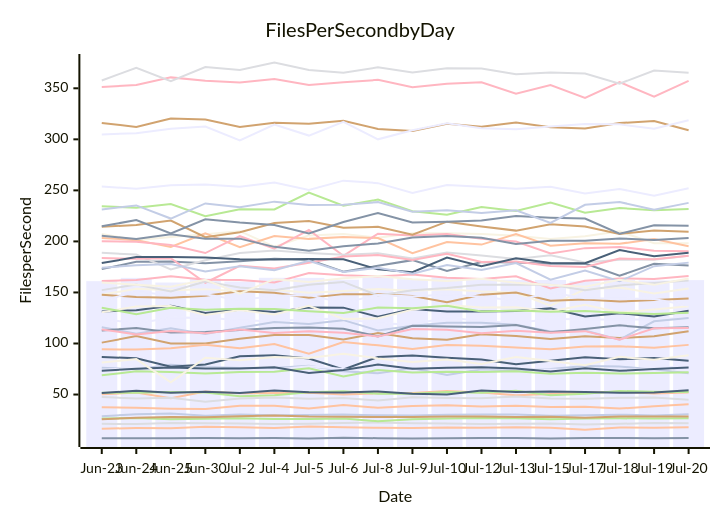
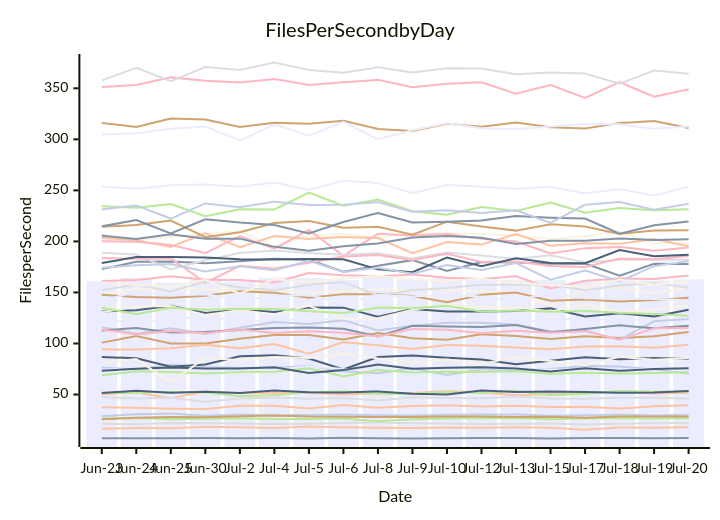
One commit to streetsidesoftware/cspell changed the diagram in perf-report.md. Above: the diagram before and after it, drawn with Mermaid. The commit also changed other lines of this file and 1 other file, not shown here.

````diff
--- a/perf-report.md
+++ b/perf-report.md
@@ -10,57 +10,57 @@
 ```mermaid
 xychart-beta
     title Files Per Second by Day
     y-axis Files per Second
     x-axis Date [Jun-23, Jun-24, Jun-25, Jun-30, Jul-2, Jul-4, Jul-5, Jul-6, Jul-8, Jul-9, Jul-10, Jul-12, Jul-13, Jul-15, Jul-17, Jul-18, Jul-19, Jul-20]
-    bar [161.06, 164.28, 159.75, 163.65, 160.66, 164.38, 164.27, 162.48, 164.83, 163.05, 164.68, 163.19, 162.43, 162.24, 160.81, 162.11, 161.80, 162.06]
-    line [7.12, 7.22, 7.17, 7.37, 7.23, 7.36, 6.99, 7.61, 7.24, 7.01, 7.27, 7.49, 7.49, 6.93, 7.35, 7.41, 7.13, 7.40]
-    line [50.23, 51.87, 46.40, 53.06, 51.19, 51.40, 51.86, 50.10, 51.21, 51.39, 53.37, 51.98, 49.24, 50.53, 52.10, 52.76, 51.07, 52.03]
-    line [21.30, 21.15, 22.00, 21.90, 21.51, 21.13, 21.43, 22.00, 22.72, 21.87, 21.57, 21.20, 21.36, 21.51, 20.58, 21.30, 22.19, 21.93]
-    line [51.73, 51.82, 52.39, 52.00, 48.43, 49.22, 52.34, 53.26, 50.86, 50.66, 52.36, 51.79, 53.82, 49.25, 50.85, 53.53, 52.69, 52.37]
-    line [100.84, 107.27, 100.09, 99.90, 104.63, 108.43, 108.27, 103.96, 110.20, 105.06, 103.60, 109.02, 107.38, 104.33, 107.04, 105.42, 107.07, 112.10]
-    line [76.22, 74.88, 79.14, 76.89, 75.88, 76.09, 78.08, 72.78, 70.79, 75.77, 69.10, 74.66, 73.66, 75.08, 77.97, 77.53, 74.65, 70.87]
-    line [351.35, 353.13, 360.69, 357.30, 355.80, 359.03, 353.22, 355.88, 358.26, 350.93, 354.34, 355.82, 344.62, 353.27, 340.52, 356.06, 341.72, 357.33]
-    line [131.39, 132.60, 136.92, 129.95, 133.16, 130.87, 135.23, 135.13, 126.22, 133.87, 131.35, 131.34, 131.95, 134.40, 126.35, 129.62, 126.47, 132.06]
-    line [207.28, 201.26, 204.34, 206.96, 210.00, 194.85, 205.89, 207.36, 203.52, 207.94, 208.03, 207.20, 205.62, 202.48, 205.11, 209.83, 198.16, 198.18]
-    line [124.29, 119.55, 125.16, 125.39, 122.70, 121.73, 124.30, 123.97, 119.80, 118.70, 125.49, 121.97, 119.76, 124.17, 123.39, 123.52, 123.46, 125.44]
-    line [172.84, 180.05, 180.38, 178.52, 180.47, 182.90, 182.10, 170.31, 176.15, 181.65, 170.98, 179.72, 179.37, 178.07, 178.35, 166.36, 178.14, 176.38]
+    bar [161.06, 164.28, 159.75, 163.65, 160.66, 164.38, 164.27, 162.48, 164.83, 163.05, 164.68, 163.19, 162.43, 162.24, 160.81, 162.11, 161.80, 162.84]
+    line [7.12, 7.22, 7.17, 7.37, 7.23, 7.36, 6.99, 7.61, 7.24, 7.01, 7.27, 7.49, 7.49, 6.93, 7.35, 7.41, 7.13, 7.42]
+    line [50.23, 51.87, 46.40, 53.06, 51.19, 51.40, 51.86, 50.10, 51.21, 51.39, 53.37, 51.98, 49.24, 50.53, 52.10, 52.76, 51.07, 51.44]
+    line [21.30, 21.15, 22.00, 21.90, 21.51, 21.13, 21.43, 22.00, 22.72, 21.87, 21.57, 21.20, 21.36, 21.51, 20.58, 21.30, 22.19, 22.10]
+    line [51.73, 51.82, 52.39, 52.00, 48.43, 49.22, 52.34, 53.26, 50.86, 50.66, 52.36, 51.79, 53.82, 49.25, 50.85, 53.53, 52.69, 53.02]
+    line [100.84, 107.27, 100.09, 99.90, 104.63, 108.43, 108.27, 103.96, 110.20, 105.06, 103.60, 109.02, 107.38, 104.33, 107.04, 105.42, 107.07, 111.31]
+    line [76.22, 74.88, 79.14, 76.89, 75.88, 76.09, 78.08, 72.78, 70.79, 75.77, 69.10, 74.66, 73.66, 75.08, 77.97, 77.53, 74.65, 70.42]
+    line [351.35, 353.13, 360.69, 357.30, 355.80, 359.03, 353.22, 355.88, 358.26, 350.93, 354.34, 355.82, 344.62, 353.27, 340.52, 356.06, 341.72, 349.11]
+    line [131.39, 132.60, 136.92, 129.95, 133.16, 130.87, 135.23, 135.13, 126.22, 133.87, 131.35, 131.34, 131.95, 134.40, 126.35, 129.62, 126.47, 133.10]
+    line [207.28, 201.26, 204.34, 206.96, 210.00, 194.85, 205.89, 207.36, 203.52, 207.94, 208.03, 207.20, 205.62, 202.48, 205.11, 209.83, 198.16, 198.05]
+    line [124.29, 119.55, 125.16, 125.39, 122.70, 121.73, 124.30, 123.97, 119.80, 118.70, 125.49, 121.97, 119.76, 124.17, 123.39, 123.52, 123.46, 121.92]
+    line [172.84, 180.05, 180.38, 178.52, 180.47, 182.90, 182.10, 170.31, 176.15, 181.65, 170.98, 179.72, 179.37, 178.07, 178.35, 166.36, 178.14, 177.77]
     line [203.46, 201.26, 194.60, 207.89, 194.40, 205.29, 202.49, 204.26, 203.31, 188.55, 199.47, 196.87, 207.15, 195.83, 198.09, 197.68, 202.31, 195.34]
-    line [47.61, 46.18, 46.86, 42.95, 46.17, 47.03, 45.86, 46.70, 44.23, 47.36, 46.58, 46.27, 47.99, 46.18, 45.89, 46.88, 47.09, 44.79]
+    line [47.61, 46.18, 46.86, 42.95, 46.17, 47.03, 45.86, 46.70, 44.23, 47.36, 46.58, 46.27, 47.99, 46.18, 45.89, 46.88, 47.09, 45.82]
     line [26.60, 26.95, 25.71, 26.35, 26.84, 26.11, 26.06, 26.52, 23.76, 25.86, 26.61, 27.13, 26.83, 25.90, 26.40, 26.69, 26.50, 26.68]
-    line [316.02, 312.10, 320.45, 319.52, 312.08, 316.35, 315.20, 318.22, 310.11, 308.24, 315.35, 312.26, 316.54, 311.74, 310.63, 315.98, 317.85, 308.91]
-    line [116.01, 109.65, 114.81, 109.29, 115.47, 121.09, 119.06, 122.86, 112.77, 117.49, 120.30, 120.41, 118.48, 111.84, 112.66, 103.82, 121.72, 125.06]
-    line [200.19, 199.73, 196.39, 188.60, 205.11, 192.90, 211.35, 185.93, 207.58, 205.87, 207.35, 202.66, 199.84, 188.27, 193.42, 194.63, 190.82, 190.38]
-    line [86.88, 85.49, 77.34, 79.34, 87.51, 88.59, 85.26, 74.62, 86.80, 88.24, 86.00, 84.39, 79.74, 83.17, 86.61, 84.55, 85.67, 83.21]
-    line [130.59, 136.24, 136.67, 127.99, 132.91, 128.52, 136.97, 123.97, 124.67, 133.15, 137.66, 135.26, 135.39, 131.25, 137.83, 130.35, 133.37, 136.56]
-    line [74.26, 76.13, 73.45, 76.23, 74.07, 74.35, 77.62, 75.07, 74.46, 78.13, 73.01, 75.98, 75.26, 74.39, 74.57, 72.87, 76.84, 77.06]
-    line [112.71, 115.12, 110.67, 111.22, 113.18, 115.07, 115.63, 114.45, 106.87, 117.37, 116.66, 116.21, 118.14, 111.02, 114.16, 117.75, 114.86, 115.86]
-    line [94.35, 94.02, 95.44, 98.76, 95.34, 99.55, 90.07, 101.41, 98.21, 94.52, 98.50, 97.78, 96.17, 94.33, 97.04, 97.24, 95.75, 98.65]
-    line [188.80, 187.17, 172.53, 181.62, 188.67, 191.18, 188.53, 186.82, 188.38, 183.25, 189.14, 186.31, 182.67, 186.39, 179.31, 182.07, 181.92, 186.02]
-    line [234.34, 233.01, 236.58, 224.78, 231.59, 231.28, 247.94, 235.03, 240.95, 229.51, 226.18, 233.66, 229.73, 238.10, 228.16, 232.72, 230.57, 231.69]
-    line [214.37, 216.02, 220.47, 204.16, 208.94, 217.94, 219.88, 213.33, 214.36, 206.61, 219.33, 214.62, 210.58, 216.81, 214.69, 207.39, 210.58, 209.41]
-    line [28.80, 30.64, 31.41, 29.25, 30.37, 29.62, 29.89, 30.35, 29.68, 29.34, 30.24, 30.35, 30.53, 29.15, 29.59, 30.29, 29.57, 30.79]
-    line [183.71, 182.95, 183.62, 159.53, 176.05, 173.54, 179.14, 185.15, 186.71, 181.92, 187.82, 179.82, 180.43, 176.01, 174.98, 183.26, 182.49, 186.01]
-    line [178.80, 184.67, 184.84, 184.14, 182.56, 182.17, 182.82, 182.50, 172.62, 169.88, 184.28, 175.71, 183.39, 178.90, 178.60, 191.51, 185.47, 188.78]
-    line [147.83, 153.51, 152.15, 153.26, 150.82, 152.56, 149.61, 151.37, 153.34, 151.79, 153.10, 150.91, 149.71, 136.98, 153.14, 154.96, 149.05, 153.93]
-    line [304.83, 306.07, 310.41, 312.54, 298.93, 314.56, 303.69, 317.11, 300.01, 308.91, 315.76, 310.85, 309.84, 312.53, 315.03, 314.69, 310.30, 318.63]
-    line [214.79, 220.92, 207.92, 221.76, 218.49, 216.06, 207.77, 218.95, 227.80, 218.56, 219.23, 220.42, 224.78, 223.29, 222.43, 207.49, 215.75, 215.27]
-    line [16.59, 17.11, 17.00, 18.49, 17.94, 17.30, 18.64, 18.07, 17.45, 17.16, 17.77, 17.48, 17.96, 17.52, 15.60, 17.77, 17.44, 17.91]
-    line [357.60, 370.08, 357.07, 370.89, 367.90, 375.27, 367.85, 365.20, 370.59, 365.59, 369.56, 369.35, 363.79, 365.39, 364.51, 354.54, 367.49, 365.21]
-    line [68.82, 72.77, 72.13, 70.54, 72.17, 72.40, 75.76, 67.72, 74.05, 71.58, 72.37, 72.08, 72.80, 70.30, 71.38, 70.52, 71.04, 71.85]
-    line [147.78, 145.47, 144.87, 146.87, 151.06, 149.73, 144.88, 148.36, 148.23, 146.43, 140.41, 147.84, 149.86, 141.85, 143.07, 141.02, 142.51, 144.19]
-    line [231.36, 235.26, 222.40, 237.23, 233.45, 238.97, 235.75, 235.89, 238.48, 229.00, 230.57, 227.85, 230.59, 218.19, 235.84, 238.63, 231.13, 237.75]
-    line [161.29, 162.24, 165.87, 162.55, 162.26, 159.82, 169.05, 166.75, 165.64, 167.61, 164.48, 163.07, 165.84, 153.93, 161.48, 163.65, 163.25, 166.12]
-    line [73.34, 75.14, 76.59, 75.51, 75.45, 76.79, 71.21, 73.99, 79.33, 75.23, 76.27, 76.63, 75.41, 72.48, 75.77, 73.22, 74.96, 76.48]
-    line [81.29, 84.76, 61.88, 86.02, 83.48, 86.69, 85.83, 89.91, 85.41, 81.93, 84.31, 79.99, 86.85, 82.81, 78.74, 86.89, 84.13, 88.55]
-    line [253.77, 251.67, 255.05, 255.76, 253.64, 257.67, 250.47, 259.54, 257.07, 247.35, 255.25, 253.55, 251.59, 253.64, 246.87, 251.37, 244.82, 252.07]
-    line [205.60, 202.43, 207.02, 202.54, 202.72, 194.67, 190.86, 195.33, 197.97, 203.94, 205.22, 203.61, 197.40, 200.74, 200.72, 202.94, 201.36, 203.41]
-    line [37.48, 36.99, 36.10, 35.86, 38.94, 38.99, 36.38, 39.71, 37.09, 38.73, 39.43, 38.35, 38.90, 37.77, 38.11, 36.22, 38.46, 40.59]
-    line [152.29, 157.67, 151.07, 160.69, 154.94, 152.23, 157.47, 160.32, 147.14, 152.12, 154.25, 157.55, 157.57, 157.54, 152.05, 156.89, 159.37, 161.80]
-    line [135.01, 128.78, 135.00, 133.08, 134.05, 133.73, 131.56, 129.78, 135.18, 134.44, 136.88, 131.27, 132.43, 131.04, 131.83, 130.19, 128.92, 130.07]
-    line [25.82, 27.29, 28.03, 27.82, 28.74, 29.48, 28.36, 28.34, 27.98, 28.10, 28.43, 28.38, 28.02, 28.20, 27.23, 28.58, 28.56, 28.41]
-    line [174.24, 176.57, 177.80, 170.49, 175.75, 171.75, 180.95, 169.97, 174.21, 168.28, 176.77, 172.02, 178.72, 162.59, 171.56, 160.94, 175.73, 179.22]
-    line [113.71, 108.86, 112.34, 110.15, 113.68, 110.37, 111.97, 110.64, 106.95, 114.12, 113.53, 110.15, 112.38, 110.43, 112.10, 103.78, 114.93, 115.14]
-    line [51.44, 53.68, 51.84, 52.69, 51.50, 53.98, 52.25, 52.09, 53.03, 50.88, 50.01, 53.83, 52.41, 53.08, 52.40, 51.77, 52.01, 54.31]
-    line [159.81, 157.56, 155.70, 162.47, 148.90, 163.02, 160.27, 163.84, 166.09, 162.99, 161.12, 163.50, 159.47, 157.31, 155.54, 162.49, 157.44, 163.69]
-    line [141.81, 150.65, 147.20, 148.34, 142.33, 146.88, 147.38, 139.67, 147.61, 146.15, 148.02, 145.81, 141.78, 149.87, 144.29, 144.20, 143.50, 137.23]
+    line [316.02, 312.10, 320.45, 319.52, 312.08, 316.35, 315.20, 318.22, 310.11, 308.24, 315.35, 312.26, 316.54, 311.74, 310.63, 315.98, 317.85, 311.01]
+    line [116.01, 109.65, 114.81, 109.29, 115.47, 121.09, 119.06, 122.86, 112.77, 117.49, 120.30, 120.41, 118.48, 111.84, 112.66, 103.82, 121.72, 123.96]
+    line [200.19, 199.73, 196.39, 188.60, 205.11, 192.90, 211.35, 185.93, 207.58, 205.87, 207.35, 202.66, 199.84, 188.27, 193.42, 194.63, 190.82, 194.01]
+    line [86.88, 85.49, 77.34, 79.34, 87.51, 88.59, 85.26, 74.62, 86.80, 88.24, 86.00, 84.39, 79.74, 83.17, 86.61, 84.55, 85.67, 84.70]
+    line [130.59, 136.24, 136.67, 127.99, 132.91, 128.52, 136.97, 123.97, 124.67, 133.15, 137.66, 135.26, 135.39, 131.25, 137.83, 130.35, 133.37, 136.93]
+    line [74.26, 76.13, 73.45, 76.23, 74.07, 74.35, 77.62, 75.07, 74.46, 78.13, 73.01, 75.98, 75.26, 74.39, 74.57, 72.87, 76.84, 75.79]
+    line [112.71, 115.12, 110.67, 111.22, 113.18, 115.07, 115.63, 114.45, 106.87, 117.37, 116.66, 116.21, 118.14, 111.02, 114.16, 117.75, 114.86, 117.38]
+    line [94.35, 94.02, 95.44, 98.76, 95.34, 99.55, 90.07, 101.41, 98.21, 94.52, 98.50, 97.78, 96.17, 94.33, 97.04, 97.24, 95.75, 98.78]
+    line [188.80, 187.17, 172.53, 181.62, 188.67, 191.18, 188.53, 186.82, 188.38, 183.25, 189.14, 186.31, 182.67, 186.39, 179.31, 182.07, 181.92, 182.11]
+    line [234.34, 233.01, 236.58, 224.78, 231.59, 231.28, 247.94, 235.03, 240.95, 229.51, 226.18, 233.66, 229.73, 238.10, 228.16, 232.72, 230.57, 231.48]
+    line [214.37, 216.02, 220.47, 204.16, 208.94, 217.94, 219.88, 213.33, 214.36, 206.61, 219.33, 214.62, 210.58, 216.81, 214.69, 207.39, 210.58, 210.83]
+    line [28.80, 30.64, 31.41, 29.25, 30.37, 29.62, 29.89, 30.35, 29.68, 29.34, 30.24, 30.35, 30.53, 29.15, 29.59, 30.29, 29.57, 30.13]
+    line [183.71, 182.95, 183.62, 159.53, 176.05, 173.54, 179.14, 185.15, 186.71, 181.92, 187.82, 179.82, 180.43, 176.01, 174.98, 183.26, 182.49, 185.76]
+    line [178.80, 184.67, 184.84, 184.14, 182.56, 182.17, 182.82, 182.50, 172.62, 169.88, 184.28, 175.71, 183.39, 178.90, 178.60, 191.51, 185.47, 186.89]
+    line [147.83, 153.51, 152.15, 153.26, 150.82, 152.56, 149.61, 151.37, 153.34, 151.79, 153.10, 150.91, 149.71, 136.98, 153.14, 154.96, 149.05, 154.95]
+    line [304.83, 306.07, 310.41, 312.54, 298.93, 314.56, 303.69, 317.11, 300.01, 308.91, 315.76, 310.85, 309.84, 312.53, 315.03, 314.69, 310.30, 312.46]
+    line [214.79, 220.92, 207.92, 221.76, 218.49, 216.06, 207.77, 218.95, 227.80, 218.56, 219.23, 220.42, 224.78, 223.29, 222.43, 207.49, 215.75, 219.62]
+    line [16.59, 17.11, 17.00, 18.49, 17.94, 17.30, 18.64, 18.07, 17.45, 17.16, 17.77, 17.48, 17.96, 17.52, 15.60, 17.77, 17.44, 17.98]
+    line [357.60, 370.08, 357.07, 370.89, 367.90, 375.27, 367.85, 365.20, 370.59, 365.59, 369.56, 369.35, 363.79, 365.39, 364.51, 354.54, 367.49, 364.21]
+    line [68.82, 72.77, 72.13, 70.54, 72.17, 72.40, 75.76, 67.72, 74.05, 71.58, 72.37, 72.08, 72.80, 70.30, 71.38, 70.52, 71.04, 71.91]
+    line [147.78, 145.47, 144.87, 146.87, 151.06, 149.73, 144.88, 148.36, 148.23, 146.43, 140.41, 147.84, 149.86, 141.85, 143.07, 141.02, 142.51, 144.87]
+    line [231.36, 235.26, 222.40, 237.23, 233.45, 238.97, 235.75, 235.89, 238.48, 229.00, 230.57, 227.85, 230.59, 218.19, 235.84, 238.63, 231.13, 236.94]
+    line [161.29, 162.24, 165.87, 162.55, 162.26, 159.82, 169.05, 166.75, 165.64, 167.61, 164.48, 163.07, 165.84, 153.93, 161.48, 163.65, 163.25, 166.55]
+    line [73.34, 75.14, 76.59, 75.51, 75.45, 76.79, 71.21, 73.99, 79.33, 75.23, 76.27, 76.63, 75.41, 72.48, 75.77, 73.22, 74.96, 75.84]
+    line [81.29, 84.76, 61.88, 86.02, 83.48, 86.69, 85.83, 89.91, 85.41, 81.93, 84.31, 79.99, 86.85, 82.81, 78.74, 86.89, 84.13, 85.63]
+    line [253.77, 251.67, 255.05, 255.76, 253.64, 257.67, 250.47, 259.54, 257.07, 247.35, 255.25, 253.55, 251.59, 253.64, 246.87, 251.37, 244.82, 253.83]
+    line [205.60, 202.43, 207.02, 202.54, 202.72, 194.67, 190.86, 195.33, 197.97, 203.94, 205.22, 203.61, 197.40, 200.74, 200.72, 202.94, 201.36, 202.08]
+    line [37.48, 36.99, 36.10, 35.86, 38.94, 38.99, 36.38, 39.71, 37.09, 38.73, 39.43, 38.35, 38.90, 37.77, 38.11, 36.22, 38.46, 39.54]
+    line [152.29, 157.67, 151.07, 160.69, 154.94, 152.23, 157.47, 160.32, 147.14, 152.12, 154.25, 157.55, 157.57, 157.54, 152.05, 156.89, 159.37, 154.51]
+    line [135.01, 128.78, 135.00, 133.08, 134.05, 133.73, 131.56, 129.78, 135.18, 134.44, 136.88, 131.27, 132.43, 131.04, 131.83, 130.19, 128.92, 127.23]
+    line [25.82, 27.29, 28.03, 27.82, 28.74, 29.48, 28.36, 28.34, 27.98, 28.10, 28.43, 28.38, 28.02, 28.20, 27.23, 28.58, 28.56, 28.51]
+    line [174.24, 176.57, 177.80, 170.49, 175.75, 171.75, 180.95, 169.97, 174.21, 168.28, 176.77, 172.02, 178.72, 162.59, 171.56, 160.94, 175.73, 180.87]
+    line [113.71, 108.86, 112.34, 110.15, 113.68, 110.37, 111.97, 110.64, 106.95, 114.12, 113.53, 110.15, 112.38, 110.43, 112.10, 103.78, 114.93, 115.08]
+    line [51.44, 53.68, 51.84, 52.69, 51.50, 53.98, 52.25, 52.09, 53.03, 50.88, 50.01, 53.83, 52.41, 53.08, 52.40, 51.77, 52.01, 53.58]
+    line [159.81, 157.56, 155.70, 162.47, 148.90, 163.02, 160.27, 163.84, 166.09, 162.99, 161.12, 163.50, 159.47, 157.31, 155.54, 162.49, 157.44, 160.47]
+    line [141.81, 150.65, 147.20, 148.34, 142.33, 146.88, 147.38, 139.67, 147.61, 146.15, 148.02, 145.81, 141.78, 149.87, 144.29, 144.20, 143.50, 142.28]
 ```
````
